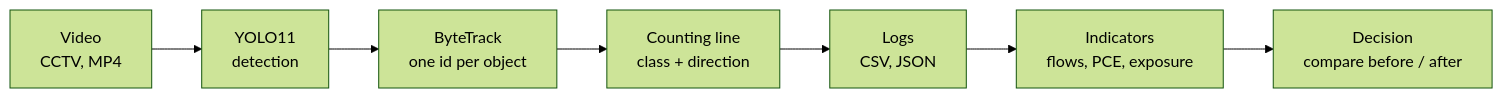
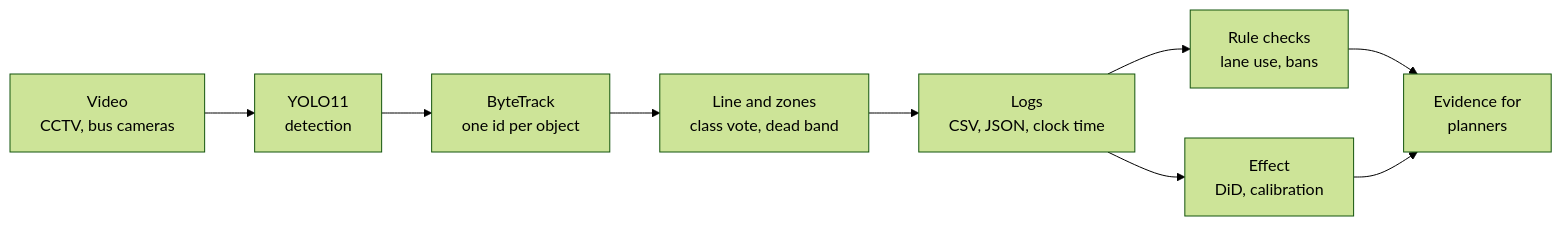
One commit to princiliadaci/traffic-vision-senegal changed the diagram in README.md. Above: the diagram before and after it, drawn with Mermaid (forest theme). The commit also changed other lines of this file and 37 other files, not shown here.

Commit message:
Research version: Games measures registry, rule checks, calibrated difference-in-differences

````diff
--- a/README.md
+++ b/README.md
@@ -39,9 +116,11 @@
 ```mermaid
 flowchart LR
-    A[Video<br/>CCTV, MP4] --> B[YOLO11<br/>detection]
+    A[Video<br/>CCTV, bus cameras] --> B[YOLO11<br/>detection]
     B --> C[ByteTrack<br/>one id per object]
-    C --> D[Counting line<br/>class + direction]
-    D --> E[Logs<br/>CSV, JSON]
-    E --> F[Indicators<br/>flows, PCE, exposure]
-    F --> G[Decision<br/>compare before / after]
+    C --> D[Line and zones<br/>class vote, dead band]
+    D --> E[Logs<br/>CSV, JSON, clock time]
+    E --> F[Rule checks<br/>lane use, bans]
+    E --> G[Effect<br/>DiD, calibration]
+    F --> H[Evidence for<br/>planners]
+    G --> H
 ```
````
